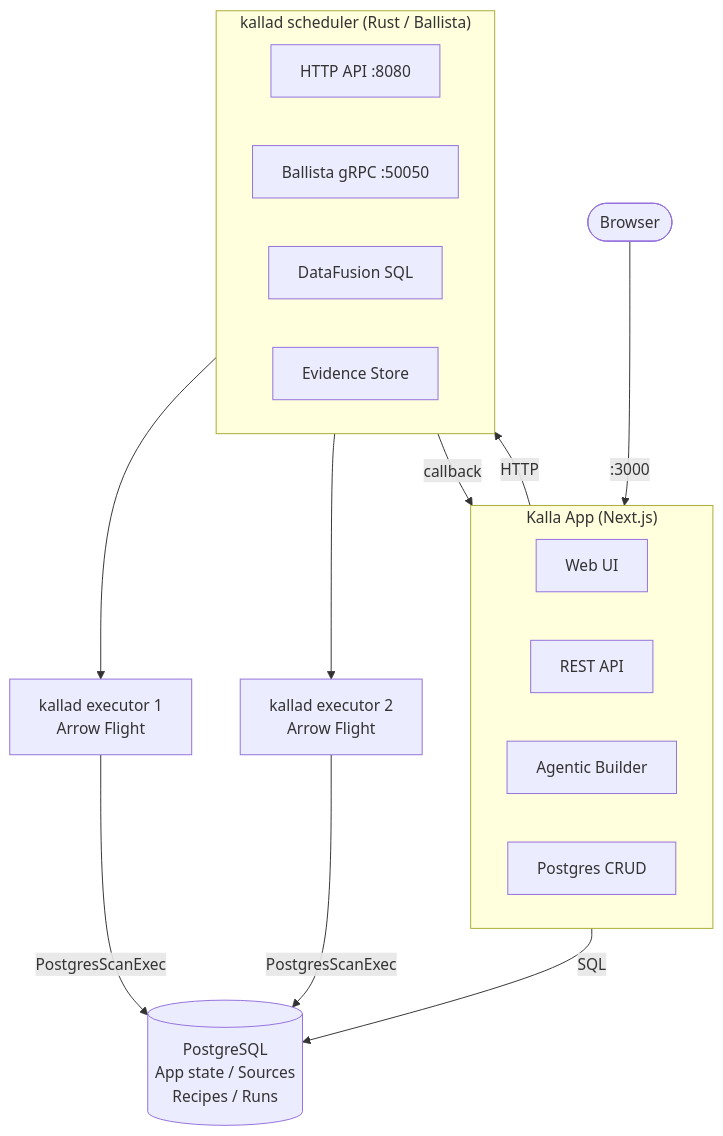
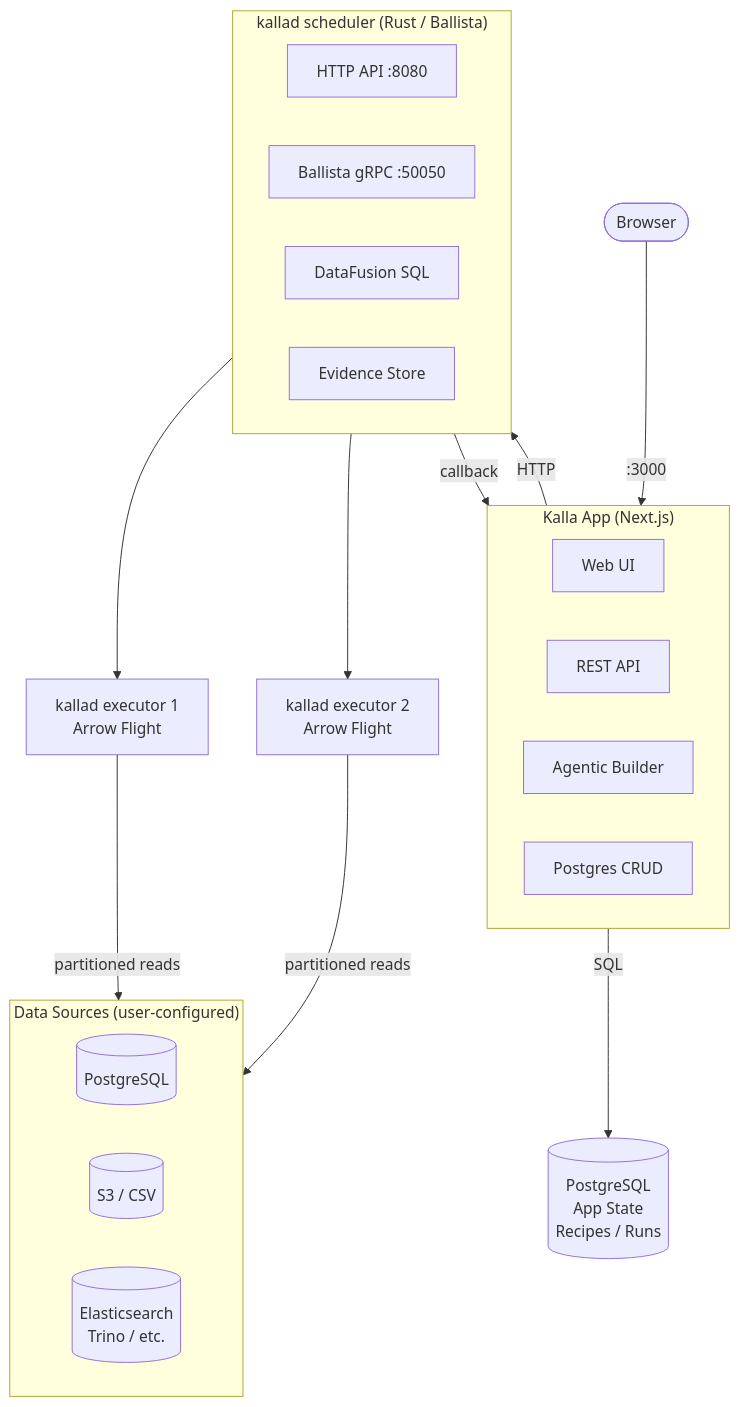
The first of 2 diagrams in README.md (barockok/kalla-rust), drawn with Mermaid before and after one commit.

Commit message:
docs: separate app database from data sources in architecture diagram
The App's PostgreSQL (state/recipes/runs) is distinct from the
user-configured data sources (PostgreSQL, S3/CSV, Elasticsearch,
Trino, etc.) that executors read from during reconciliation.

````diff
--- a/README.md
+++ b/README.md
@@ -7,29 +7,35 @@
 ```mermaid
 graph TB
     Browser([Browser]) -->|:3000| App
 
     subgraph App["Kalla App (Next.js)"]
         WebUI[Web UI]
         REST[REST API]
         Agent[Agentic Builder]
         CRUD[Postgres CRUD]
     end
 
-    App -->|SQL| PG[(PostgreSQL<br/>App state / Sources<br/>Recipes / Runs)]
+    App -->|SQL| AppDB[(PostgreSQL<br/>App State<br/>Recipes / Runs)]
     App -->|HTTP| Scheduler
 
     subgraph Scheduler["kallad scheduler (Rust / Ballista)"]
         HTTP[HTTP API :8080]
         GRPC[Ballista gRPC :50050]
         DF[DataFusion SQL]
         Evidence[Evidence Store]
     end
 
     Scheduler --> Exec1[kallad executor 1<br/>Arrow Flight]
     Scheduler --> Exec2[kallad executor 2<br/>Arrow Flight]
 
-    Exec1 -->|PostgresScanExec| PG
-    Exec2 -->|PostgresScanExec| PG
+    subgraph Sources["Data Sources (user-configured)"]
+        SrcPG[(PostgreSQL)]
+        SrcCSV[(S3 / CSV)]
+        SrcOther[(Elasticsearch<br/>Trino / etc.)]
+    end
+
+    Exec1 -->|partitioned reads| Sources
+    Exec2 -->|partitioned reads| Sources
 
     Scheduler -->|callback| App
 ```
````
